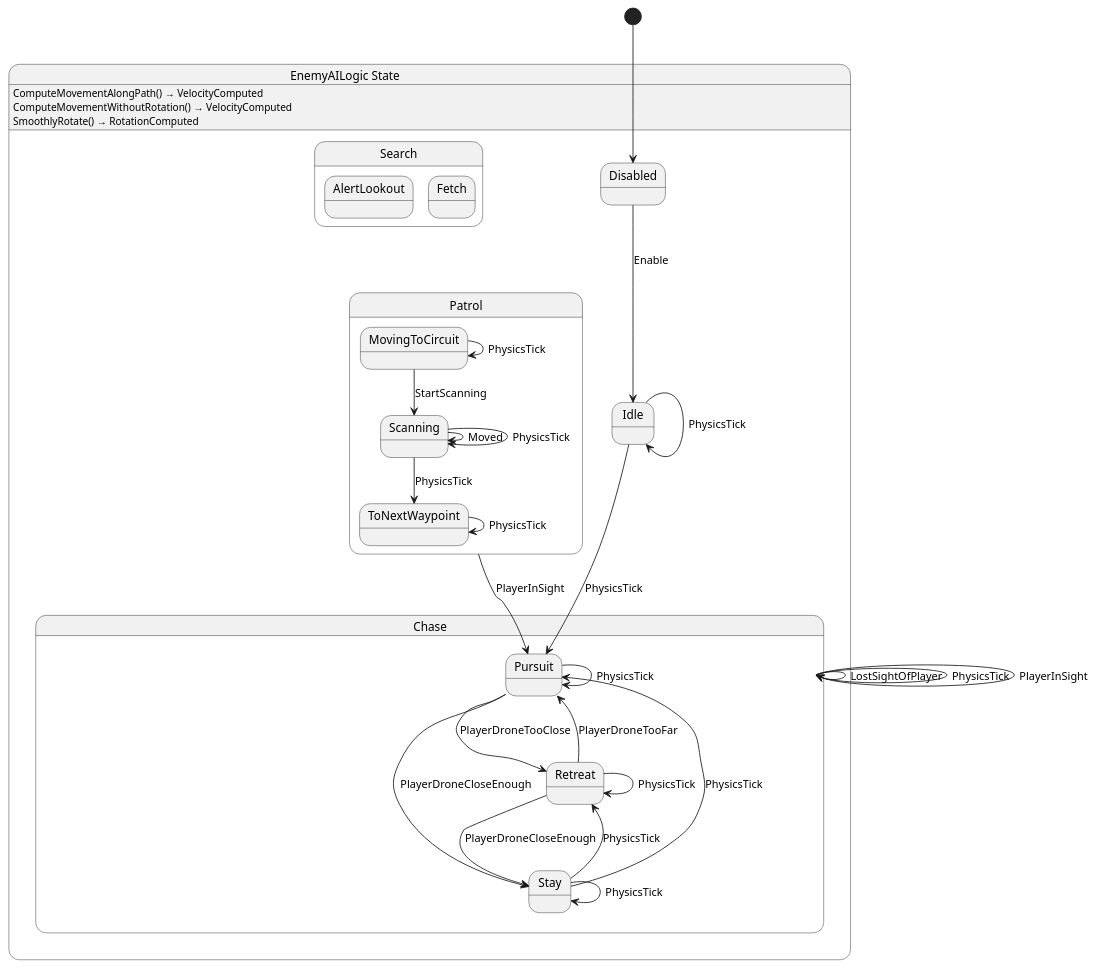
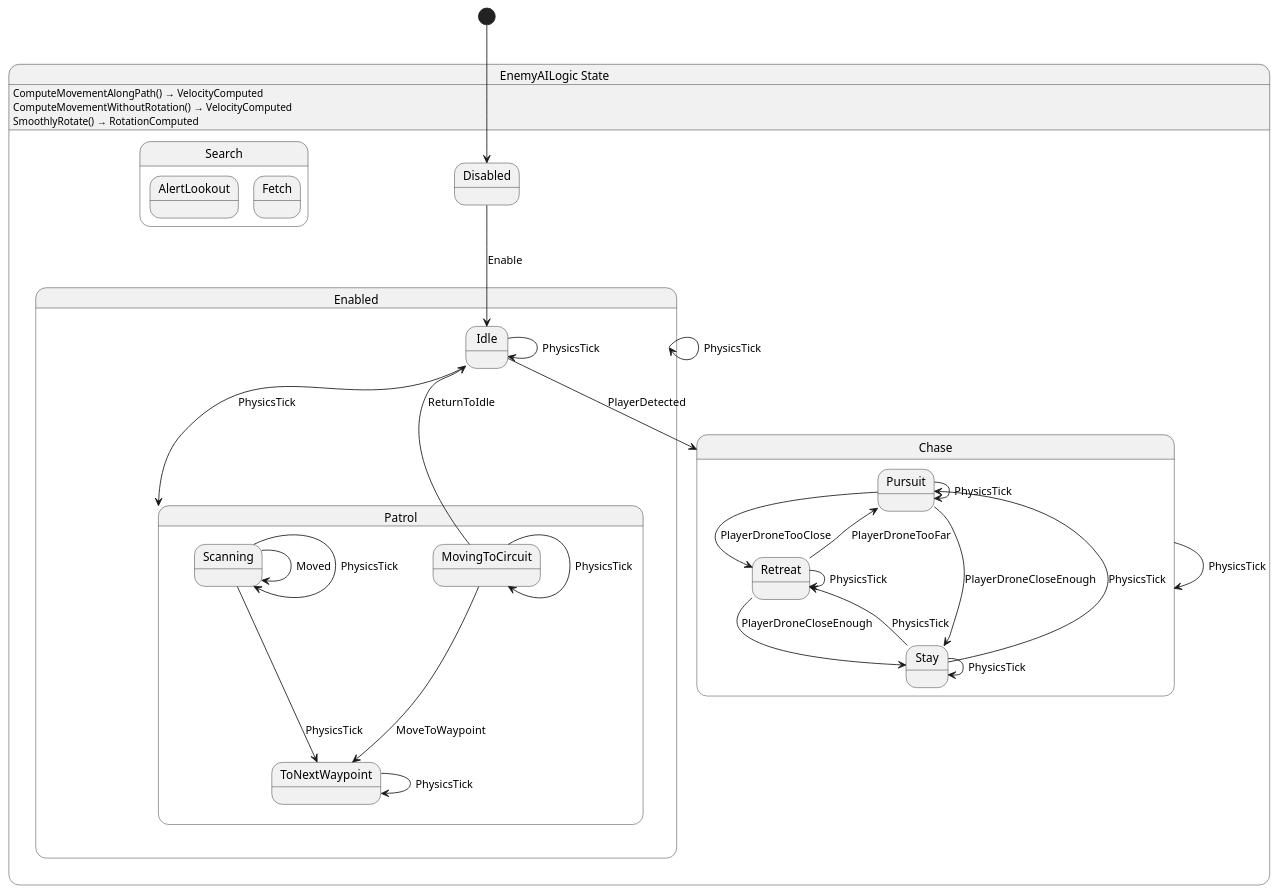
One commit to SkyValor/rescue-drone changed the diagram in Scripts/Drone/Enemy/AIStateMachine/EnemyAILogic.g.puml. Above: the diagram before and after it, drawn with PlantUML. The commit also changed 30 other files, not shown here.

```diff
--- a/Scripts/Drone/Enemy/AIStateMachine/EnemyAILogic.g.puml
+++ b/Scripts/Drone/Enemy/AIStateMachine/EnemyAILogic.g.puml
@@ -1,49 +1,51 @@
 @startuml EnemyAILogic
 state "EnemyAILogic State" as RescueDrone_EnemyAILogic_State {
   state "Chase" as RescueDrone_EnemyAILogic_State_Chase {
     state "Pursuit" as RescueDrone_EnemyAILogic_State_Pursuit
     state "Retreat" as RescueDrone_EnemyAILogic_State_Retreat
     state "Stay" as RescueDrone_EnemyAILogic_State_Stay
   }
   state "Disabled" as RescueDrone_EnemyAILogic_State_Disabled
-  state "Idle" as RescueDrone_EnemyAILogic_State_Idle
-  state "Patrol" as RescueDrone_EnemyAILogic_State_Patrol {
-    state "MovingToCircuit" as RescueDrone_EnemyAILogic_State_MovingToCircuit
-    state "Scanning" as RescueDrone_EnemyAILogic_State_Scanning
-    state "ToNextWaypoint" as RescueDrone_EnemyAILogic_State_ToNextWaypoint
+  state "Enabled" as RescueDrone_EnemyAILogic_State_Enabled {
+    state "Idle" as RescueDrone_EnemyAILogic_State_Idle
+    state "Patrol" as RescueDrone_EnemyAILogic_State_Patrol {
+      state "MovingToCircuit" as RescueDrone_EnemyAILogic_State_MovingToCircuit
+      state "Scanning" as RescueDrone_EnemyAILogic_State_Scanning
+      state "ToNextWaypoint" as RescueDrone_EnemyAILogic_State_ToNextWaypoint
+    }
   }
   state "Search" as RescueDrone_EnemyAILogic_State_Search {
     state "AlertLookout" as RescueDrone_EnemyAILogic_State_AlertLookout
     state "Fetch" as RescueDrone_EnemyAILogic_State_Fetch
   }
 }
 
-RescueDrone_EnemyAILogic_State_Chase --> RescueDrone_EnemyAILogic_State_Chase : LostSightOfPlayer
 RescueDrone_EnemyAILogic_State_Chase --> RescueDrone_EnemyAILogic_State_Chase : PhysicsTick
-RescueDrone_EnemyAILogic_State_Chase --> RescueDrone_EnemyAILogic_State_Chase : PlayerInSight
 RescueDrone_EnemyAILogic_State_Disabled --> RescueDrone_EnemyAILogic_State_Idle : Enable
+RescueDrone_EnemyAILogic_State_Enabled --> RescueDrone_EnemyAILogic_State_Enabled : PhysicsTick
+RescueDrone_EnemyAILogic_State_Idle --> RescueDrone_EnemyAILogic_State_Chase : PlayerDetected
 RescueDrone_EnemyAILogic_State_Idle --> RescueDrone_EnemyAILogic_State_Idle : PhysicsTick
-RescueDrone_EnemyAILogic_State_Idle --> RescueDrone_EnemyAILogic_State_Pursuit : PhysicsTick
+RescueDrone_EnemyAILogic_State_Idle --> RescueDrone_EnemyAILogic_State_Patrol : PhysicsTick
+RescueDrone_EnemyAILogic_State_MovingToCircuit --> RescueDrone_EnemyAILogic_State_Idle : ReturnToIdle
 RescueDrone_EnemyAILogic_State_MovingToCircuit --> RescueDrone_EnemyAILogic_State_MovingToCircuit : PhysicsTick
-RescueDrone_EnemyAILogic_State_MovingToCircuit --> RescueDrone_EnemyAILogic_State_Scanning : StartScanning
-RescueDrone_EnemyAILogic_State_Patrol --> RescueDrone_EnemyAILogic_State_Pursuit : PlayerInSight
+RescueDrone_EnemyAILogic_State_MovingToCircuit --> RescueDrone_EnemyAILogic_State_ToNextWaypoint : MoveToWaypoint
 RescueDrone_EnemyAILogic_State_Pursuit --> RescueDrone_EnemyAILogic_State_Pursuit : PhysicsTick
 RescueDrone_EnemyAILogic_State_Pursuit --> RescueDrone_EnemyAILogic_State_Retreat : PlayerDroneTooClose
 RescueDrone_EnemyAILogic_State_Pursuit --> RescueDrone_EnemyAILogic_State_Stay : PlayerDroneCloseEnough
 RescueDrone_EnemyAILogic_State_Retreat --> RescueDrone_EnemyAILogic_State_Pursuit : PlayerDroneTooFar
 RescueDrone_EnemyAILogic_State_Retreat --> RescueDrone_EnemyAILogic_State_Retreat : PhysicsTick
 RescueDrone_EnemyAILogic_State_Retreat --> RescueDrone_EnemyAILogic_State_Stay : PlayerDroneCloseEnough
 RescueDrone_EnemyAILogic_State_Scanning --> RescueDrone_EnemyAILogic_State_Scanning : Moved
 RescueDrone_EnemyAILogic_State_Scanning --> RescueDrone_EnemyAILogic_State_Scanning : PhysicsTick
 RescueDrone_EnemyAILogic_State_Scanning --> RescueDrone_EnemyAILogic_State_ToNextWaypoint : PhysicsTick
 RescueDrone_EnemyAILogic_State_Stay --> RescueDrone_EnemyAILogic_State_Pursuit : PhysicsTick
 RescueDrone_EnemyAILogic_State_Stay --> RescueDrone_EnemyAILogic_State_Retreat : PhysicsTick
 RescueDrone_EnemyAILogic_State_Stay --> RescueDrone_EnemyAILogic_State_Stay : PhysicsTick
 RescueDrone_EnemyAILogic_State_ToNextWaypoint --> RescueDrone_EnemyAILogic_State_ToNextWaypoint : PhysicsTick
 
 RescueDrone_EnemyAILogic_State : ComputeMovementAlongPath() → VelocityComputed
 RescueDrone_EnemyAILogic_State : ComputeMovementWithoutRotation() → VelocityComputed
 RescueDrone_EnemyAILogic_State : SmoothlyRotate() → RotationComputed
 
 [*] --> RescueDrone_EnemyAILogic_State_Disabled
 @enduml
```
